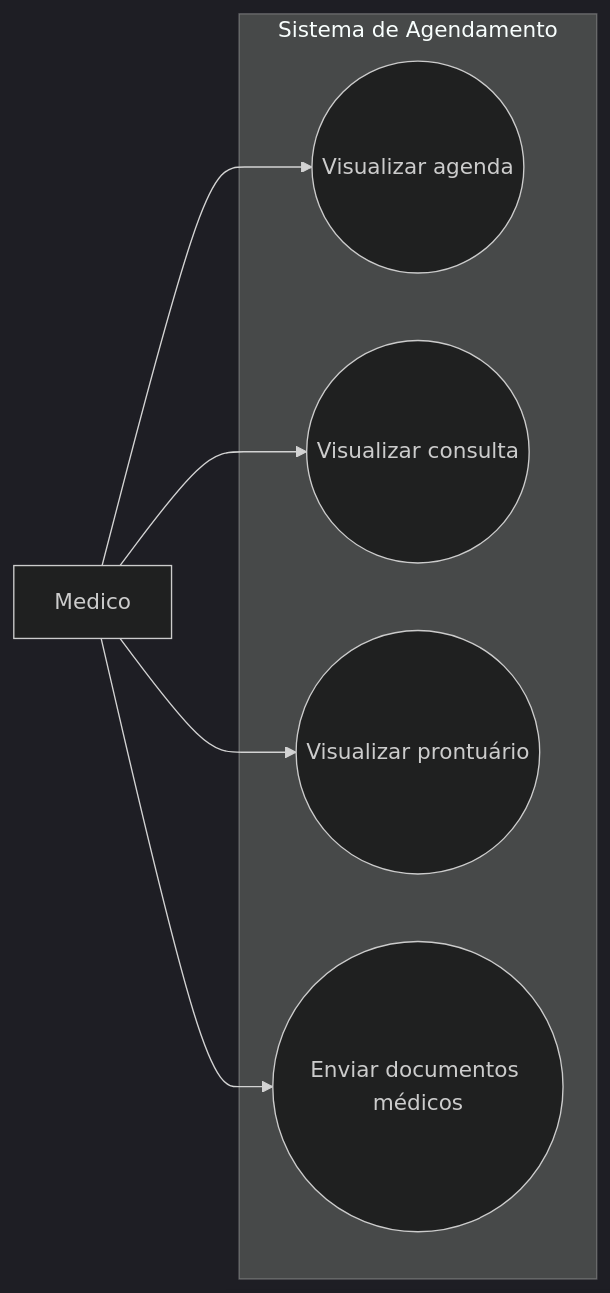
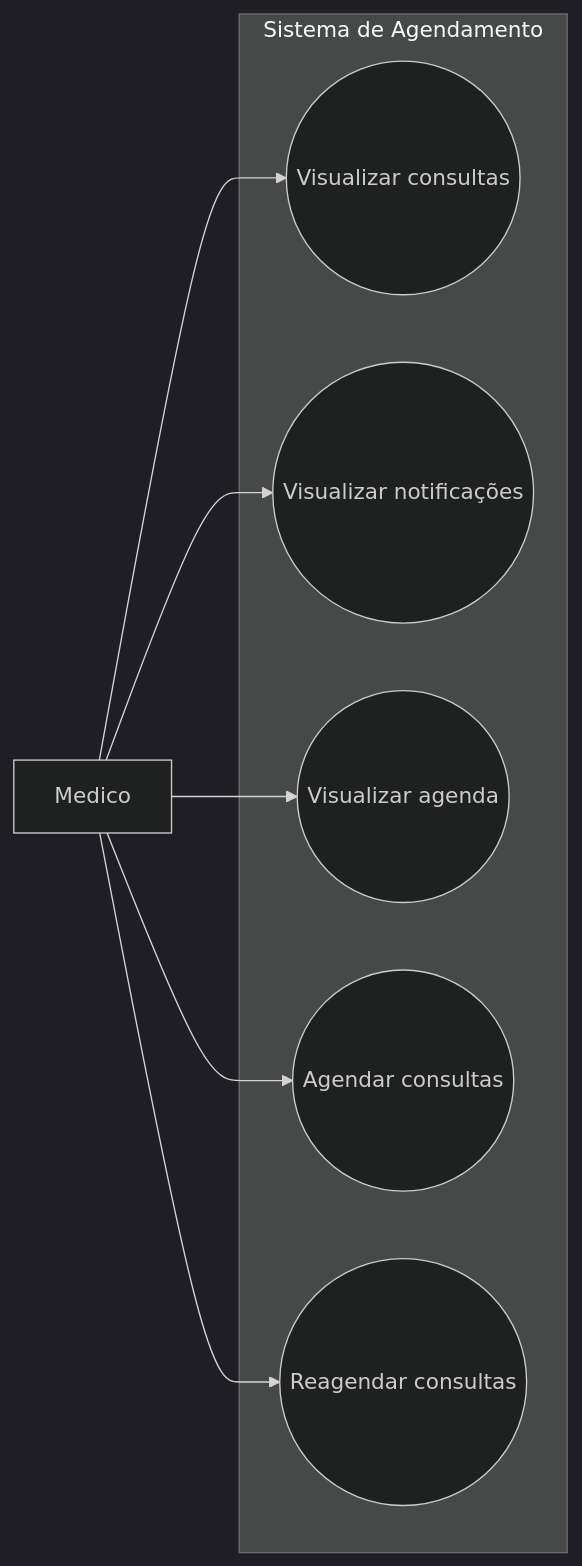
One commit to InsaneCaio/SICA changed the diagram in docs/casos de uso/medico.md. Above: the diagram before and after it, drawn with Mermaid (dark theme). The commit also changed other lines of this file, not shown here.

Commit message:
Update use cases and flowchart for doctor interactions

````diff
--- a/docs/casos de uso/medico.md
+++ b/docs/casos de uso/medico.md
@@ -12,16 +13,18 @@
 ```mermaid
 flowchart LR
     M[Medico]
 
     subgraph Sistema de Agendamento
-        UC1((Visualizar agenda))
-        UC2((Visualizar consulta))
-        UC3((Visualizar prontuário))
-        UC4((Enviar documentos médicos))
+        UC1((Visualizar consultas))
+        UC2((Visualizar notificações))
+        UC3((Visualizar agenda))
+        UC4((Agendar consultas))
+        UC5((Reagendar consultas))
     end
 
     M --> UC1
     M --> UC2
     M --> UC3
     M --> UC4
+    M --> UC5
 ```
````
